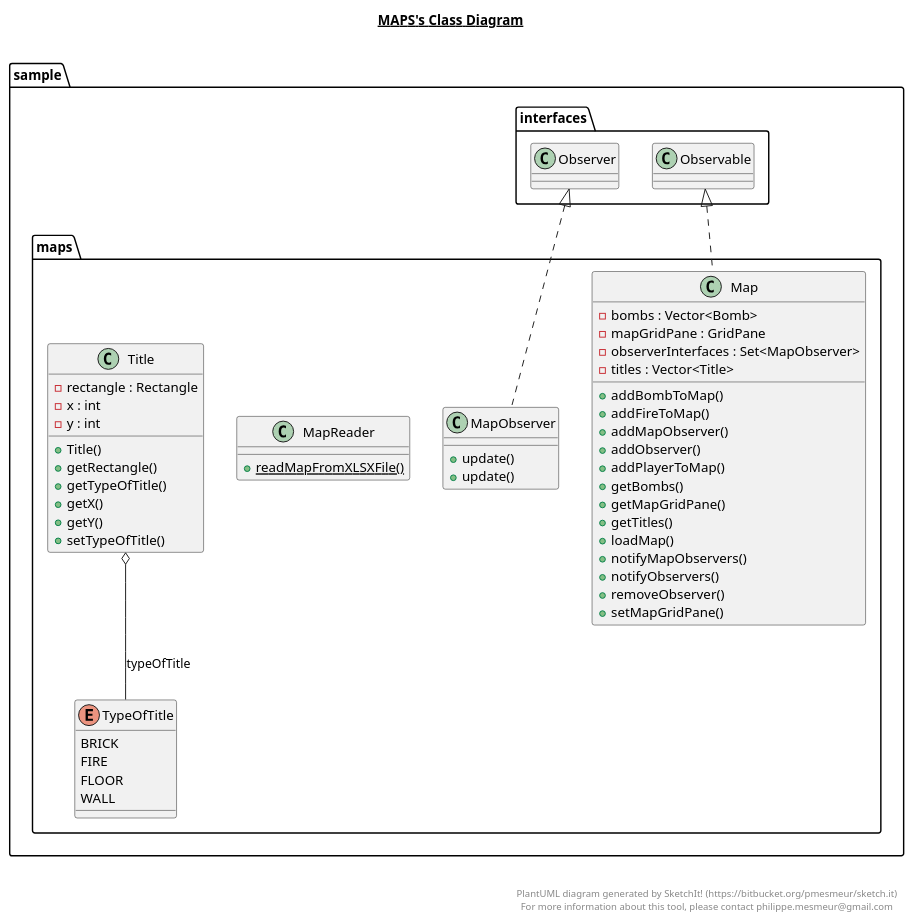
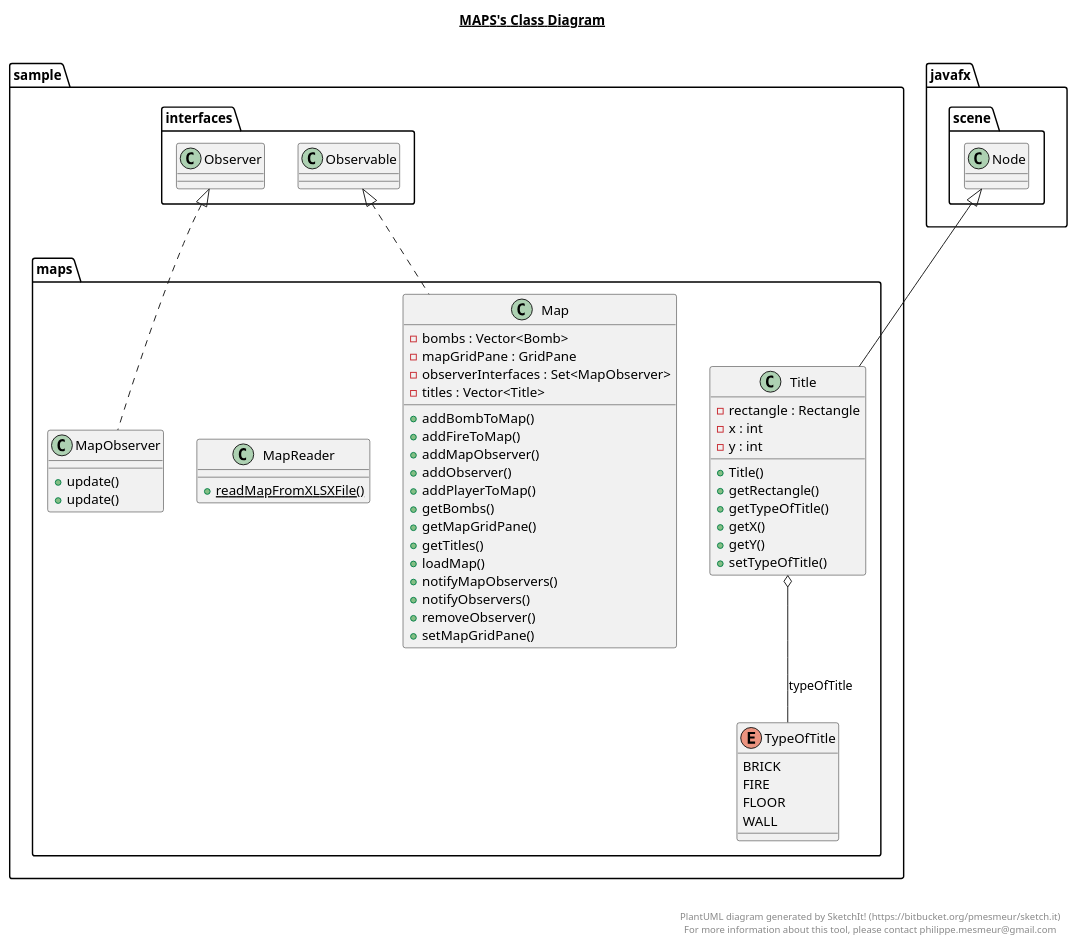
Before and after one commit to enshin258/Bomberman: the diagram in src/main/java/sample/maps/maps.plantuml, drawn with PlantUML. The commit also changed 17 other files, not shown here.

```diff
--- a/src/main/java/sample/maps/maps.plantuml
+++ b/src/main/java/sample/maps/maps.plantuml
@@ -1,80 +1,81 @@
 @startuml
 
 title __MAPS's Class Diagram__\n
 
   namespace sample.maps {
     class sample.maps.Map {
         - bombs : Vector<Bomb>
         - mapGridPane : GridPane
         - observerInterfaces : Set<MapObserver>
         - titles : Vector<Title>
         + addBombToMap()
         + addFireToMap()
         + addMapObserver()
         + addObserver()
         + addPlayerToMap()
         + getBombs()
         + getMapGridPane()
         + getTitles()
         + loadMap()
         + notifyMapObservers()
         + notifyObservers()
         + removeObserver()
         + setMapGridPane()
     }
   }
   
 
   namespace sample.maps {
     class sample.maps.MapObserver {
         + update()
         + update()
     }
   }
   
 
   namespace sample.maps {
     class sample.maps.MapReader {
         {static} + readMapFromXLSXFile()
     }
   }
   
 
   namespace sample.maps {
     class sample.maps.Title {
         - rectangle : Rectangle
         - x : int
         - y : int
         + Title()
         + getRectangle()
         + getTypeOfTitle()
         + getX()
         + getY()
         + setTypeOfTitle()
     }
   }
   
 
   namespace sample.maps {
     enum TypeOfTitle {
       BRICK
       FIRE
       FLOOR
       WALL
     }
   }
   
 
   sample.maps.Map .up.|> sample.interfaces.Observable
   sample.maps.MapObserver .up.|> sample.interfaces.Observer
+  sample.maps.Title -up-|> javafx.scene.Node
   sample.maps.Title o-- sample.maps.TypeOfTitle : typeOfTitle
 
 
 right footer
 
 
 PlantUML diagram generated by SketchIt! (https://bitbucket.org/pmesmeur/sketch.it)
 For more information about this tool, please contact philippe.mesmeur@gmail.com
 endfooter
 
 @enduml
```
